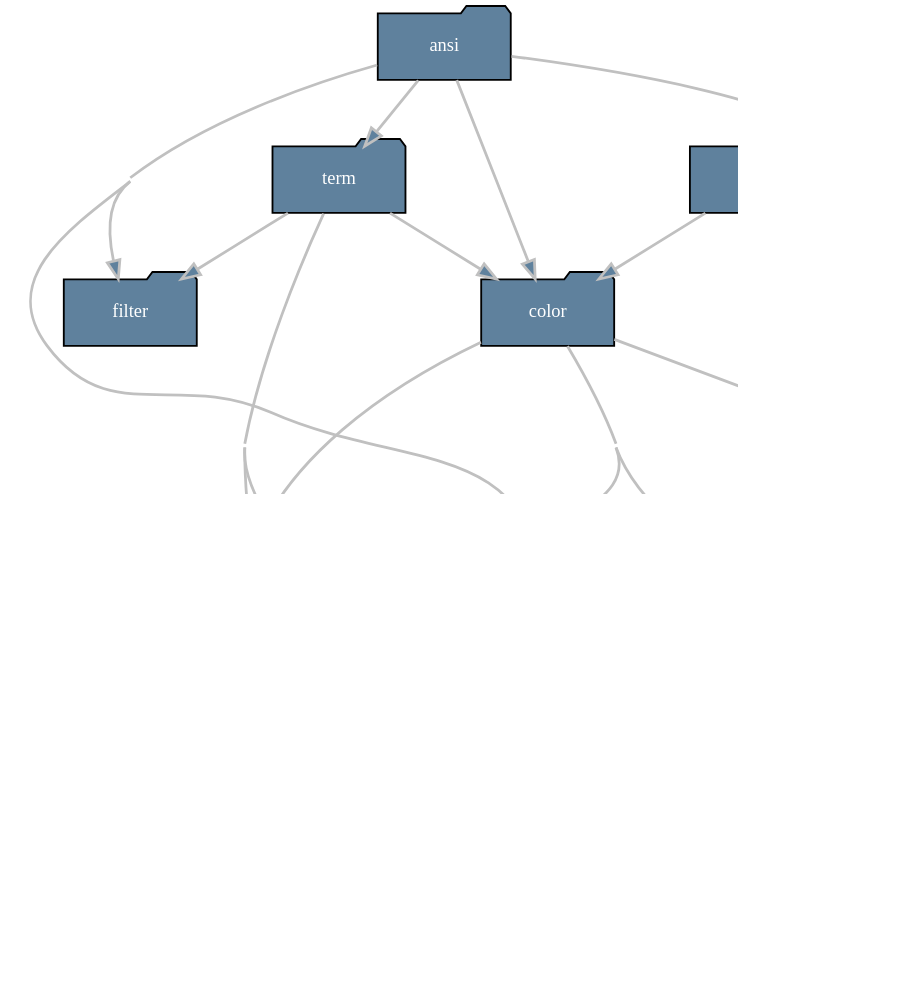
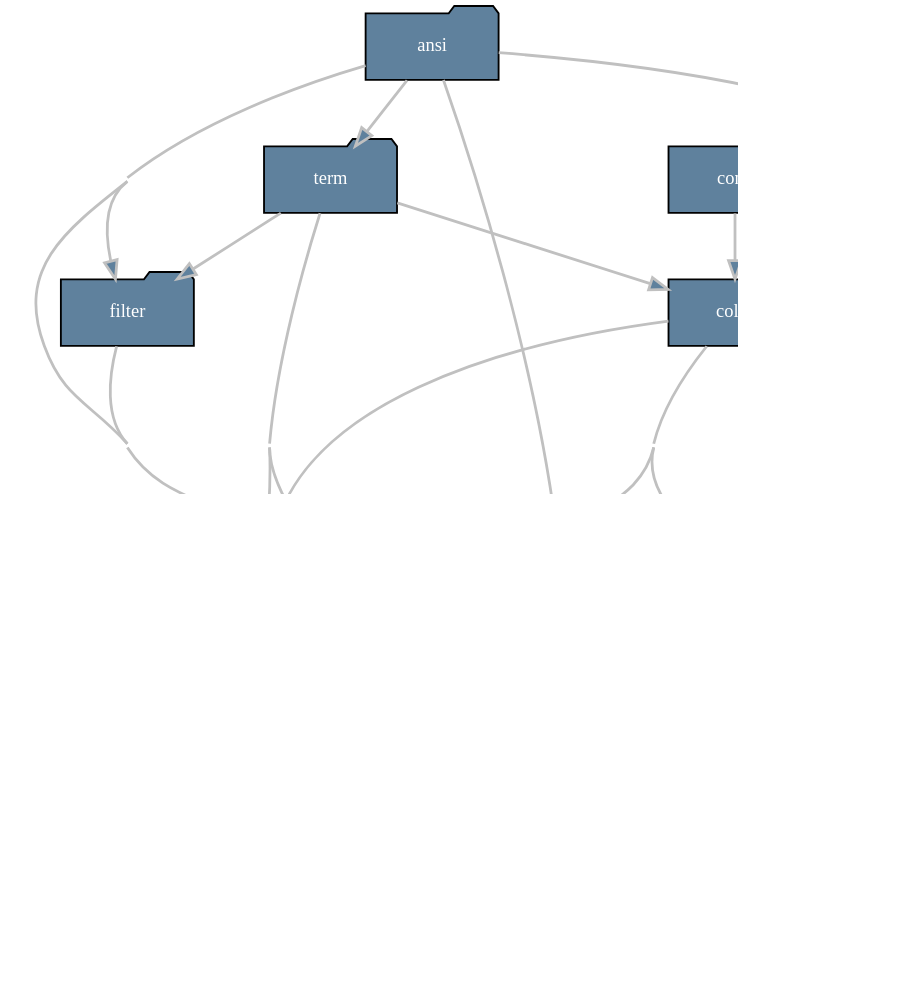
One commit to delameter/pytermor changed the diagram in docs/_generated/module-dark.dot. Above: the diagram before and after it, drawn with Graphviz. The commit also changed 14 other files, not shown here.

```diff
--- a/docs/_generated/module-dark.dot
+++ b/docs/_generated/module-dark.dot
@@ -1,57 +1,59 @@
 
 digraph G {
     dpi = 150;
     concentrate = true;
     rankdir = TB;
     #TBbalance = min;
     ratio=fill;
     size="4";
 
     node [
         style="filled",
         fontname="Literal Bold",
         margin="0.2,0.0",
         fontsize=10,
         width=1.0,
         height=.5,
     ];
     edge [
         color="#C0C0C0",
         penwidth=1.5,
     ];
 
     pytermor_ansi [shape="folder",group="low",fillcolor="#5f819d",fontcolor="#ffffff",label="ansi"];
     pytermor_color [shape="folder",group="low",fillcolor="#5f819d",fontcolor="#ffffff",label="color"];
     pytermor_conv [shape="folder",group="low",fillcolor="#5f819d",fontcolor="#ffffff",label="conv"];
     pytermor_cval [shape="tab",fillcolor="#769440",fontcolor="#ffffff",label="cval"];
     pytermor_filter [shape="folder",group="low",fillcolor="#5f819d",fontcolor="#ffffff",label="filter"];
     pytermor_numfmt [shape="tab",fillcolor="#769440",fontcolor="#ffffff",label="numfmt"];
     pytermor_renderer [shape="tab",fillcolor="#769440",fontcolor="#ffffff",label="☢️ renderer"];
     pytermor_style [shape="tab",fillcolor="#769440",fontcolor="#ffffff",label="☢️ style"];
     pytermor_template [shape="tab",fillcolor="#769440",fontcolor="#ffffff",label="template"];
     pytermor_term [shape="folder",group="low",fillcolor="#5f819d",fontcolor="#ffffff",label="term"];
     pytermor_text [shape="tab",fillcolor="#769440",fontcolor="#ffffff",label="☢️ text"];
     pytermor_ansi -> pytermor_color [fillcolor="#5f819d"];
     pytermor_ansi -> pytermor_cval [fillcolor="#5f819d"];
     pytermor_ansi -> pytermor_filter [fillcolor="#5f819d"];
     pytermor_ansi -> pytermor_renderer [fillcolor="#5f819d"];
+    pytermor_ansi -> pytermor_template [fillcolor="#5f819d"];
     pytermor_ansi -> pytermor_term [fillcolor="#5f819d"];
     pytermor_color -> pytermor_cval [fillcolor="#5f819d"];
     pytermor_color -> pytermor_renderer [fillcolor="#5f819d"];
     pytermor_color -> pytermor_style [fillcolor="#5f819d"];
     pytermor_color -> pytermor_template [fillcolor="#5f819d"];
     pytermor_conv -> pytermor_color [fillcolor="#5f819d"];
     pytermor_cval -> pytermor_numfmt [fillcolor="#769440"];
     pytermor_cval -> pytermor_style [fillcolor="#769440"];
+    pytermor_filter -> pytermor_template [fillcolor="#5f819d"];
     pytermor_renderer -> pytermor_text [fillcolor="#769440"];
     pytermor_style -> pytermor_numfmt [fillcolor="#769440"];
     pytermor_style -> pytermor_renderer [fillcolor="#769440"];
     pytermor_style -> pytermor_template [fillcolor="#769440"];
     pytermor_style -> pytermor_text [fillcolor="#769440"];
     pytermor_term -> pytermor_color [fillcolor="#5f819d"];
     pytermor_term -> pytermor_filter [fillcolor="#5f819d"];
     pytermor_term -> pytermor_template [fillcolor="#5f819d"];
     pytermor_term -> pytermor_text [fillcolor="#5f819d"];
     pytermor_text -> pytermor_numfmt [fillcolor="#769440"];
     pytermor_text -> pytermor_template [fillcolor="#769440"];
 }
```
